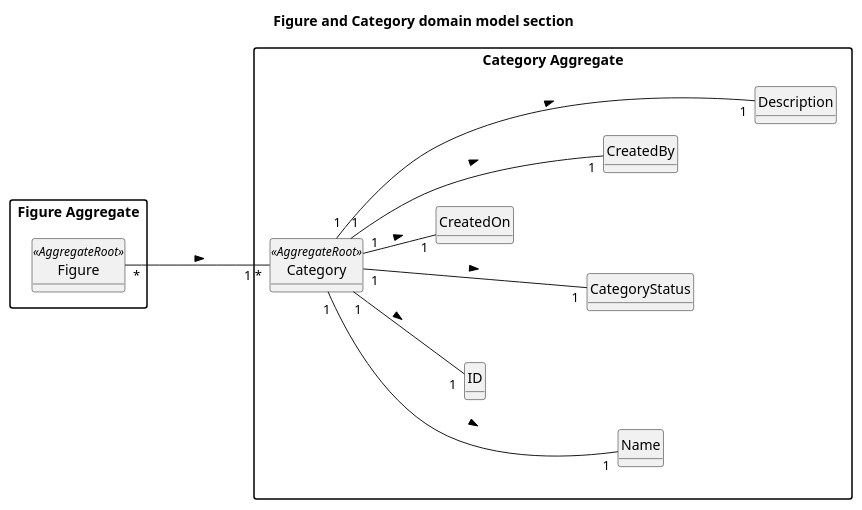
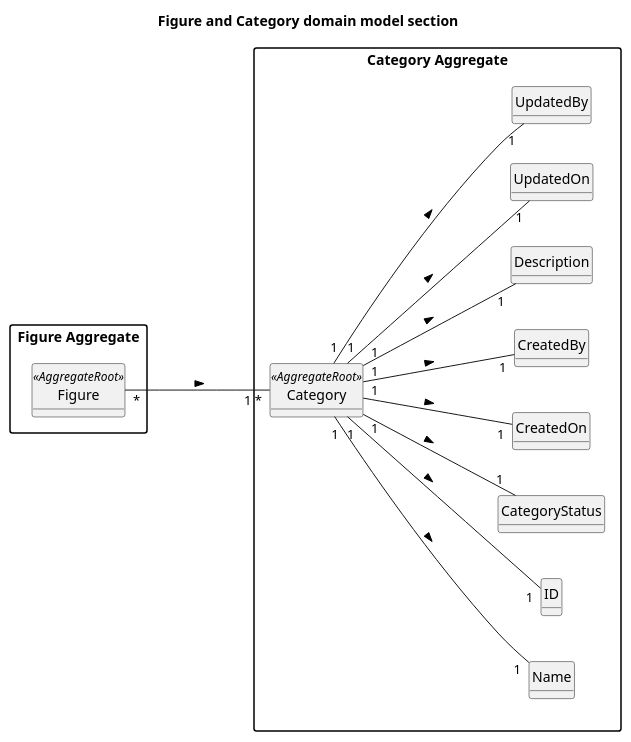
The diagram in docs/planning/sprint2/EAPLI/US245 - Add figure category/02.analysis/puml/us245-domain-model.puml (SAEmanuel/Shodrone_ISEP), drawn with PlantUML before and after one commit. The commit also changed 14 other files, not shown here.

```diff
--- a/docs/planning/sprint2/EAPLI/US245 - Add figure category/02.analysis/puml/us245-domain-model.puml
+++ b/docs/planning/sprint2/EAPLI/US245 - Add figure category/02.analysis/puml/us245-domain-model.puml
@@ -1,53 +1,61 @@
 @startuml
 
 skinparam monochrome true
 skinparam packageStyle rectangle
 skinparam shadowing false
 left to right direction
 
 title Figure and Category domain model section
 
 hide circles
 hide methods
 
 package "Category Aggregate" {
 
     class Category <<AggregateRoot>> {
     }
 
     class Name {
     }
 
     class ID {
     }
 
     class CategoryStatus {
     }
 
     class CreatedOn {
     }
 
     class CreatedBy {
     }
 
     class Description {
     }
 
+    class UpdatedOn {
+    }
+
+    class UpdatedBy {
+    }
+
 }
 
 package "Figure Aggregate" {
     class Figure <<AggregateRoot>> {
     }
 }
 
 
     Figure "*" --- "1 *" Category : >
-    Category "1" -- "1" ID: >
+    Category "1" --- "1" ID: >
     Category "1" --- "1" Name: >
     Category "1" --- "1" CategoryStatus: >
-    Category "1" -- "1" CreatedOn: >
+    Category "1" --- "1" CreatedOn: >
     Category "1" --- "1" CreatedBy: >
-    Category "1" ---- "1" Description: >
+    Category "1" --- "1" Description: >
+    Category "1" --- "1" UpdatedOn: >
+    Category "1" --- "1" UpdatedBy: >
 
 
 @enduml
```
